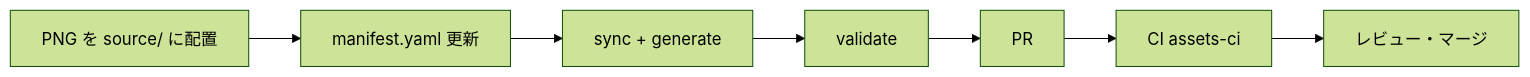
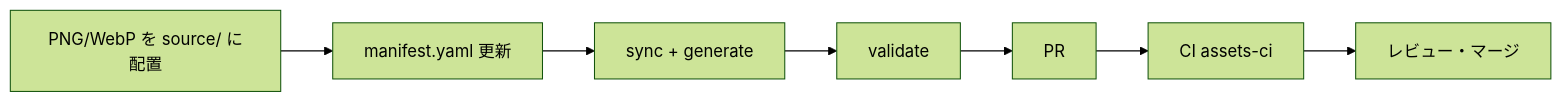
Before and after one commit to takuto277/levelup-study: the diagram in docs/assets/01_Asset_Ingestion_Workflow.md, drawn with Mermaid (forest theme). The commit also changed other lines of this file and 515 other files, not shown here.

````diff
--- a/docs/assets/01_Asset_Ingestion_Workflow.md
+++ b/docs/assets/01_Asset_Ingestion_Workflow.md
@@ -9,9 +9,9 @@
 ```mermaid
 flowchart LR
-  A[PNG を source/ に配置] --> B[manifest.yaml 更新]
+  A[PNG/WebP を source/ に配置] --> B[manifest.yaml 更新]
   B --> C[sync + generate]
   C --> D[validate]
   D --> E[PR]
   E --> F[CI assets-ci]
   F --> G[レビュー・マージ]
 ```
````
